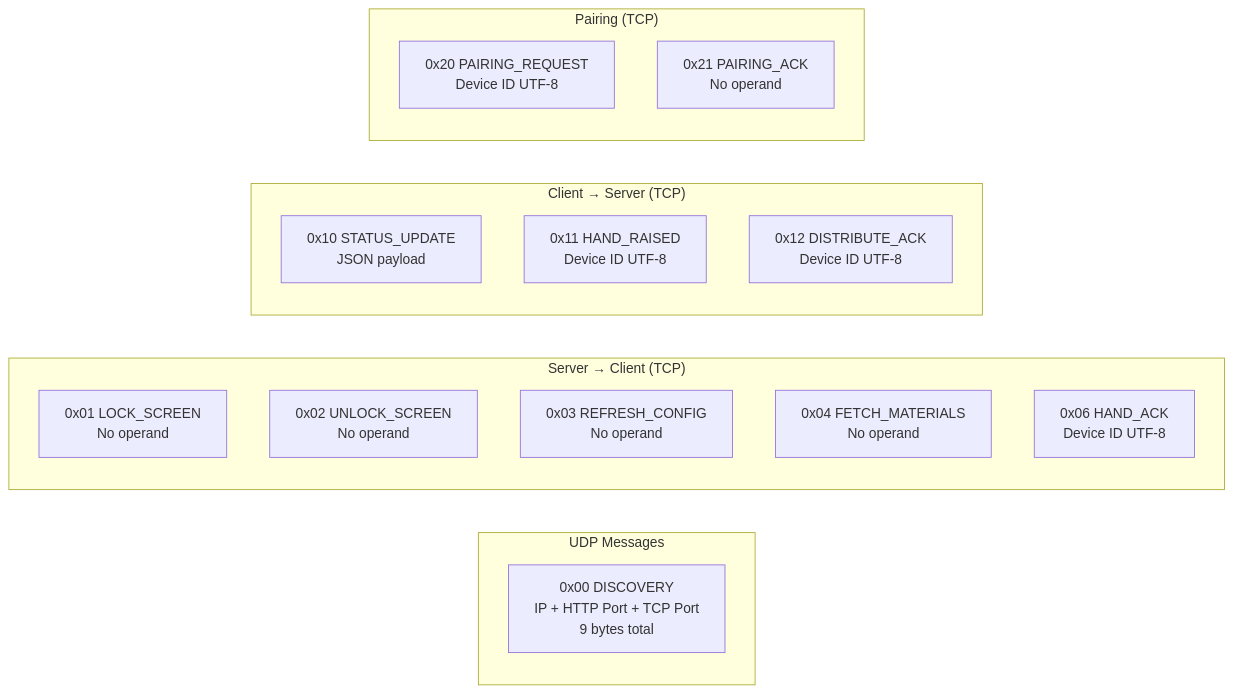
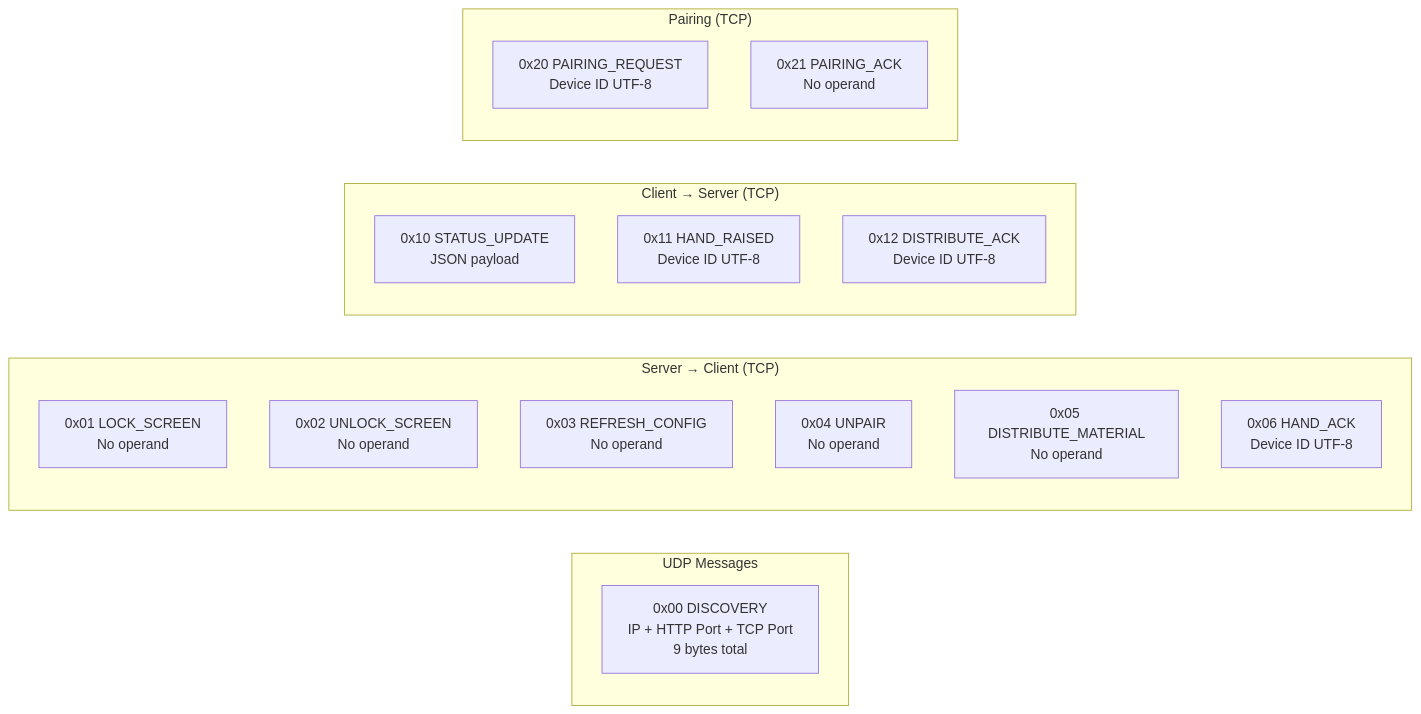
Before and after one commit to raphaellith/Manuscripta: diagram 14 of 15 in docs/Android System Design.md, drawn with Mermaid.

Commit message:
feat: replace FETCH command with UNPAIR and DISTMAT commands.

````diff
--- a/docs/Android System Design.md
+++ b/docs/Android System Design.md
@@ -802,25 +802,26 @@
 ```mermaid
 graph LR
     subgraph "UDP Messages"
         DISC[0x00 DISCOVERY<br/>IP + HTTP Port + TCP Port<br/>9 bytes total]
     end
     
     subgraph "Server → Client (TCP)"
         LOCK[0x01 LOCK_SCREEN<br/>No operand]
         UNLOCK[0x02 UNLOCK_SCREEN<br/>No operand]
         REFRESH[0x03 REFRESH_CONFIG<br/>No operand]
-        FETCH[0x04 FETCH_MATERIALS<br/>No operand]
+        UNPAIR[0x04 UNPAIR<br/>No operand]
+        DISTMAT[0x05 DISTRIBUTE_MATERIAL<br/>No operand]
         HANDACK[0x06 HAND_ACK<br/>Device ID UTF-8]
     end
     
     subgraph "Client → Server (TCP)"
         STATUS[0x10 STATUS_UPDATE<br/>JSON payload]
         HAND[0x11 HAND_RAISED<br/>Device ID UTF-8]
         DISTACK[0x12 DISTRIBUTE_ACK<br/>Device ID UTF-8]
     end
     
     subgraph "Pairing (TCP)"
         PREQ[0x20 PAIRING_REQUEST<br/>Device ID UTF-8]
         PACK[0x21 PAIRING_ACK<br/>No operand]
     end
 ```
````
